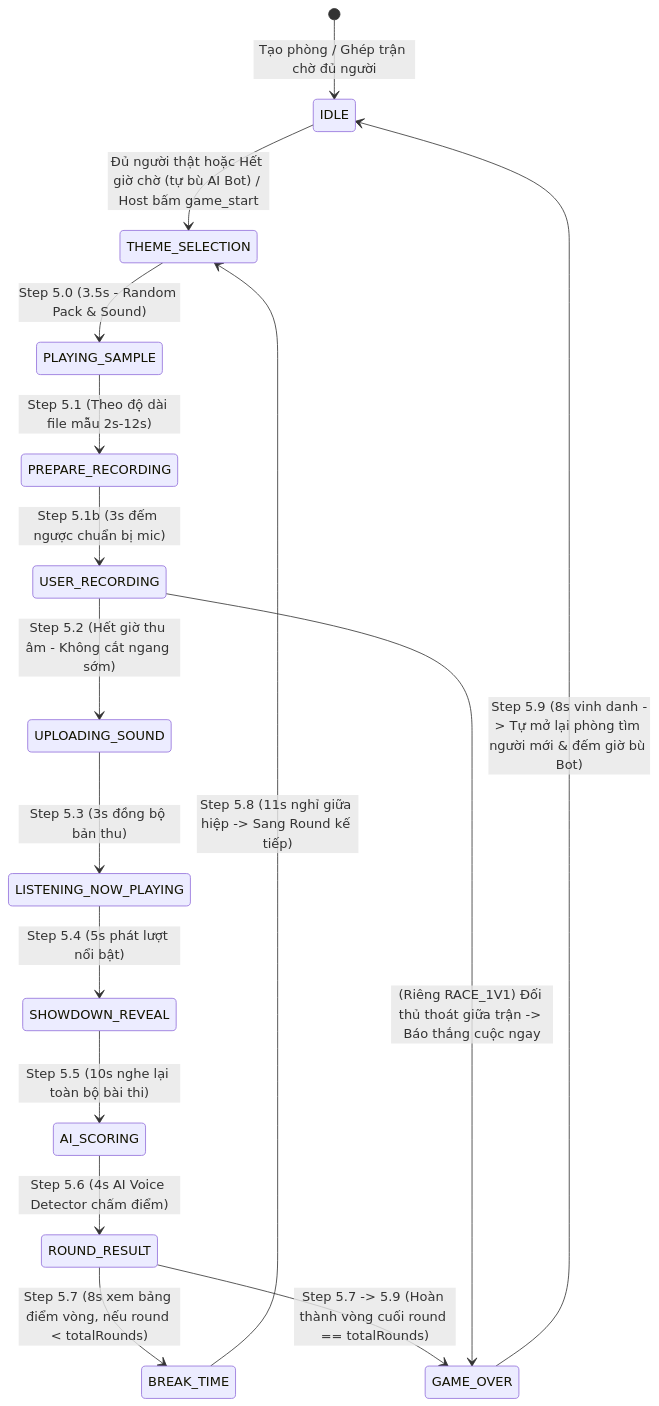
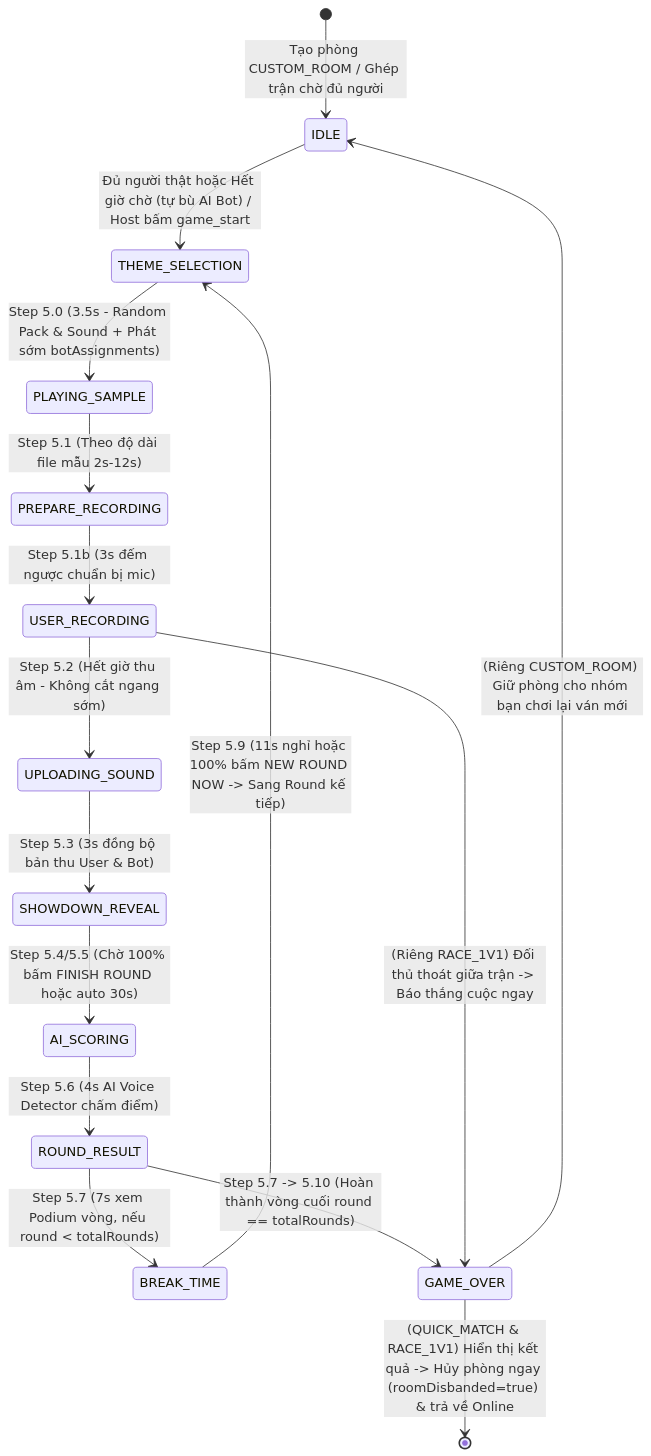
The diagram in API_DOCS.md (lehaidanggg/Backend-MicMixFun), drawn with Mermaid before and after one commit. The commit also changed other lines of this file and 19 other files, not shown here.

````diff
--- a/API_DOCS.md
+++ b/API_DOCS.md
@@ -94,18 +100,18 @@
 ```mermaid
 stateDiagram-v2
-    [*] --> IDLE : Tạo phòng / Ghép trận chờ đủ người
+    [*] --> IDLE : Tạo phòng CUSTOM_ROOM / Ghép trận chờ đủ người
     IDLE --> THEME_SELECTION : Đủ người thật hoặc Hết giờ chờ (tự bù AI Bot) / Host bấm game_start
-    THEME_SELECTION --> PLAYING_SAMPLE : Step 5.0 (3.5s - Random Pack & Sound)
+    THEME_SELECTION --> PLAYING_SAMPLE : Step 5.0 (3.5s - Random Pack & Sound + Phát sớm botAssignments)
     PLAYING_SAMPLE --> PREPARE_RECORDING : Step 5.1 (Theo độ dài file mẫu 2s-12s)
     PREPARE_RECORDING --> USER_RECORDING : Step 5.1b (3s đếm ngược chuẩn bị mic)
     USER_RECORDING --> UPLOADING_SOUND : Step 5.2 (Hết giờ thu âm - Không cắt ngang sớm)
-    UPLOADING_SOUND --> LISTENING_NOW_PLAYING : Step 5.3 (3s đồng bộ bản thu)
-    LISTENING_NOW_PLAYING --> SHOWDOWN_REVEAL : Step 5.4 (5s phát lượt nổi bật)
-    SHOWDOWN_REVEAL --> AI_SCORING : Step 5.5 (10s nghe lại toàn bộ bài thi)
+    UPLOADING_SOUND --> SHOWDOWN_REVEAL : Step 5.3 (3s đồng bộ bản thu User & Bot)
+    SHOWDOWN_REVEAL --> AI_SCORING : Step 5.4/5.5 (Chờ 100% bấm FINISH ROUND hoặc auto 30s)
     AI_SCORING --> ROUND_RESULT : Step 5.6 (4s AI Voice Detector chấm điểm)
-    ROUND_RESULT --> BREAK_TIME : Step 5.7 (8s xem bảng điểm vòng, nếu round < totalRounds)
-    BREAK_TIME --> THEME_SELECTION : Step 5.8 (11s nghỉ giữa hiệp -> Sang Round kế tiếp)
-    ROUND_RESULT --> GAME_OVER : Step 5.7 -> 5.9 (Hoàn thành vòng cuối round == totalRounds)
+    ROUND_RESULT --> BREAK_TIME : Step 5.7 (7s xem Podium vòng, nếu round < totalRounds)
+    BREAK_TIME --> THEME_SELECTION : Step 5.9 (11s nghỉ hoặc 100% bấm NEW ROUND NOW -> Sang Round kế tiếp)
+    ROUND_RESULT --> GAME_OVER : Step 5.7 -> 5.10 (Hoàn thành vòng cuối round == totalRounds)
     USER_RECORDING --> GAME_OVER : (Riêng RACE_1V1) Đối thủ thoát giữa trận -> Báo thắng cuộc ngay
-    GAME_OVER --> IDLE : Step 5.9 (8s vinh danh -> Tự mở lại phòng tìm người mới & đếm giờ bù Bot)
+    GAME_OVER --> [*] : (QUICK_MATCH & RACE_1V1) Hiển thị kết quả -> Hủy phòng ngay (roomDisbanded=true) & trả về Online
+    GAME_OVER --> IDLE : (Riêng CUSTOM_ROOM) Giữ phòng cho nhóm bạn chơi lại ván mới
 ```
````
